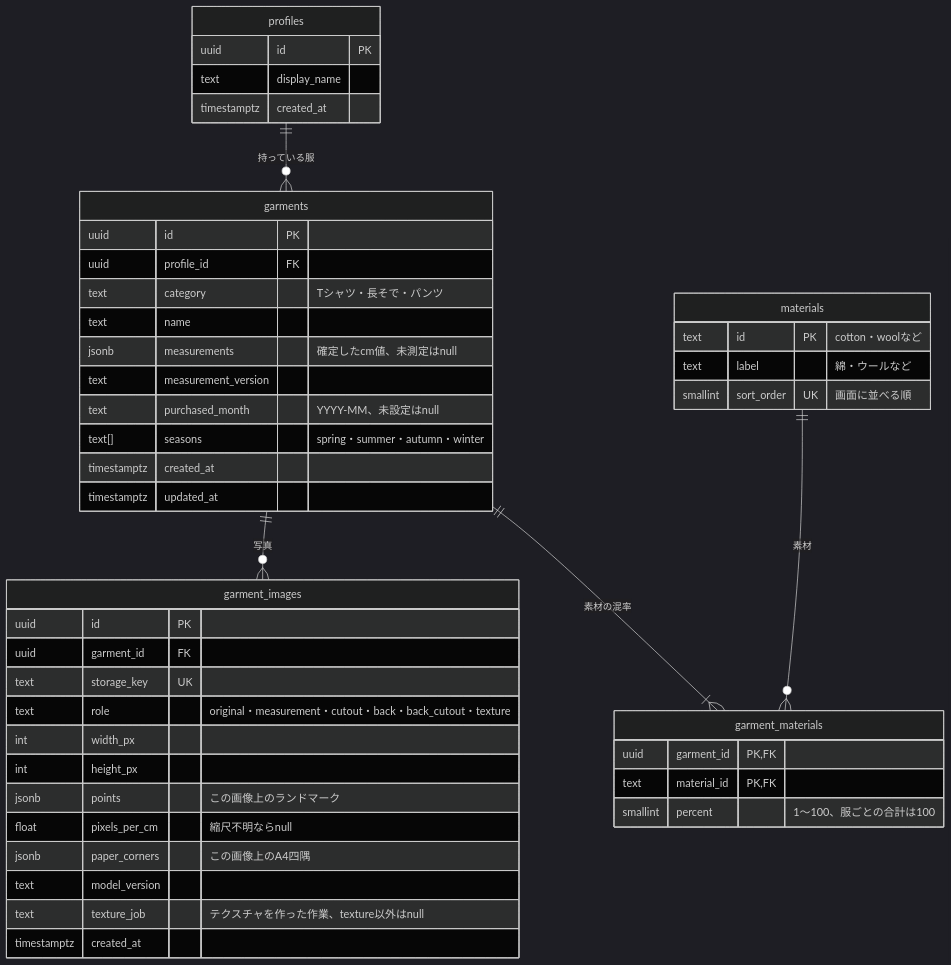
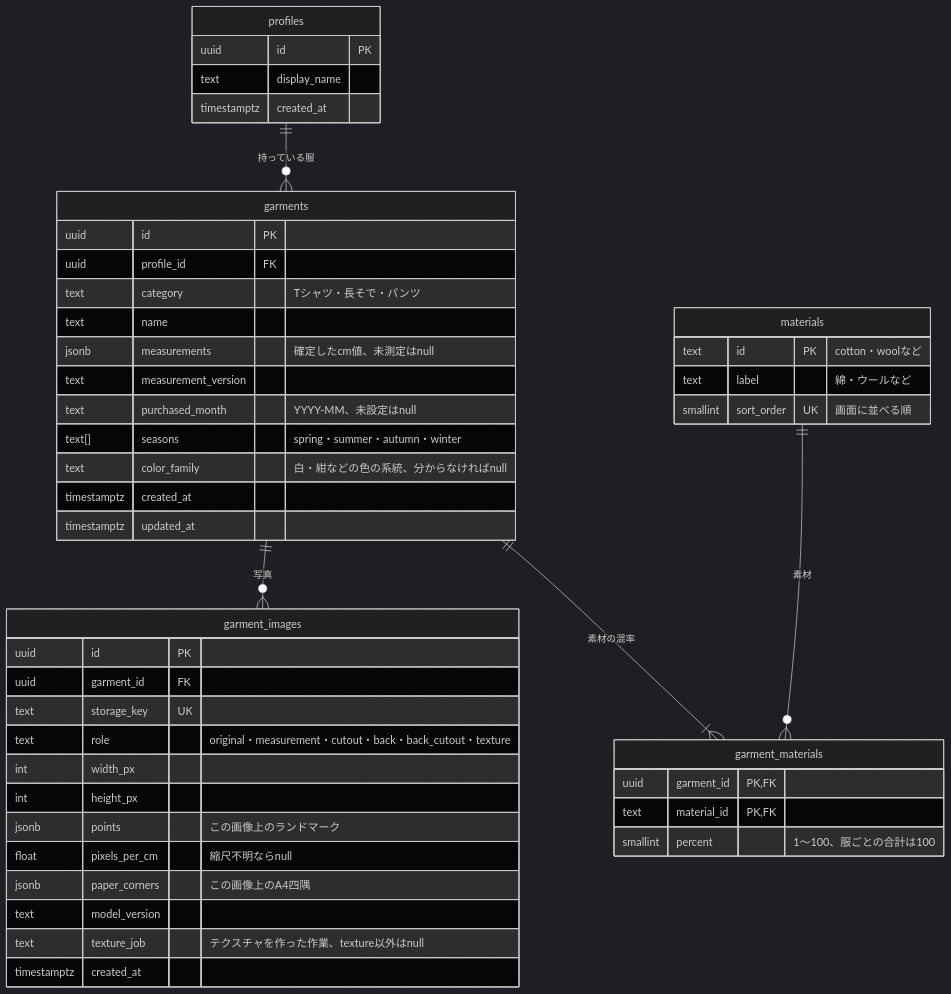
One commit to jphacks/tka_2617 changed the diagram in docs/er.md. Above: the diagram before and after it, drawn with Mermaid (dark theme). The commit also changed other lines of this file and 1 other file, not shown here.

Commit message:
feat(db): 服に色の系統の列を足す
同じ系統の服を数えるのに使う。前からある服の色は分からないので、nullを許す。値は13個に限り、checkで止める。

````diff
--- a/docs/er.md
+++ b/docs/er.md
@@ -5,48 +5,49 @@
 ```mermaid
 erDiagram
   profiles ||--o{ garments : "持っている服"
   garments ||--o{ garment_images : "写真"
   garments ||--|{ garment_materials : "素材の混率"
   materials ||--o{ garment_materials : "素材"
   profiles {
     uuid id PK
     text display_name
     timestamptz created_at
   }
   garments {
     uuid id PK
     uuid profile_id FK
     text category "Tシャツ・長そで・パンツ"
     text name
     jsonb measurements "確定したcm値、未測定はnull"
     text measurement_version
     text purchased_month "YYYY-MM、未設定はnull"
     text[] seasons "spring・summer・autumn・winter"
+    text color_family "白・紺などの色の系統、分からなければnull"
     timestamptz created_at
     timestamptz updated_at
   }
   garment_images {
     uuid id PK
     uuid garment_id FK
     text storage_key UK
     text role "original・measurement・cutout・back・back_cutout・texture"
     int width_px
     int height_px
     jsonb points "この画像上のランドマーク"
     float pixels_per_cm "縮尺不明ならnull"
     jsonb paper_corners "この画像上のA4四隅"
     text model_version
     text texture_job "テクスチャを作った作業、texture以外はnull"
     timestamptz created_at
   }
   materials {
     text id PK "cotton・woolなど"
     text label "綿・ウールなど"
     smallint sort_order UK "画面に並べる順"
   }
   garment_materials {
     uuid garment_id PK,FK
     text material_id PK,FK
     smallint percent "1〜100、服ごとの合計は100"
   }
 ```
````
